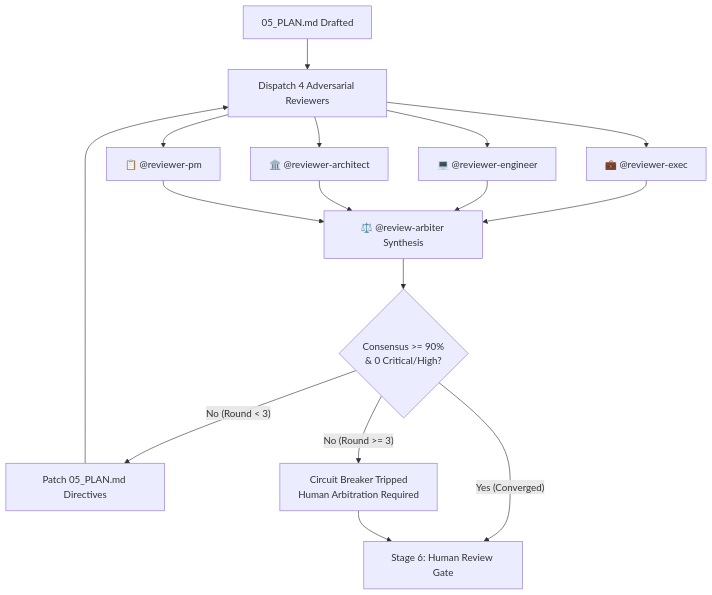
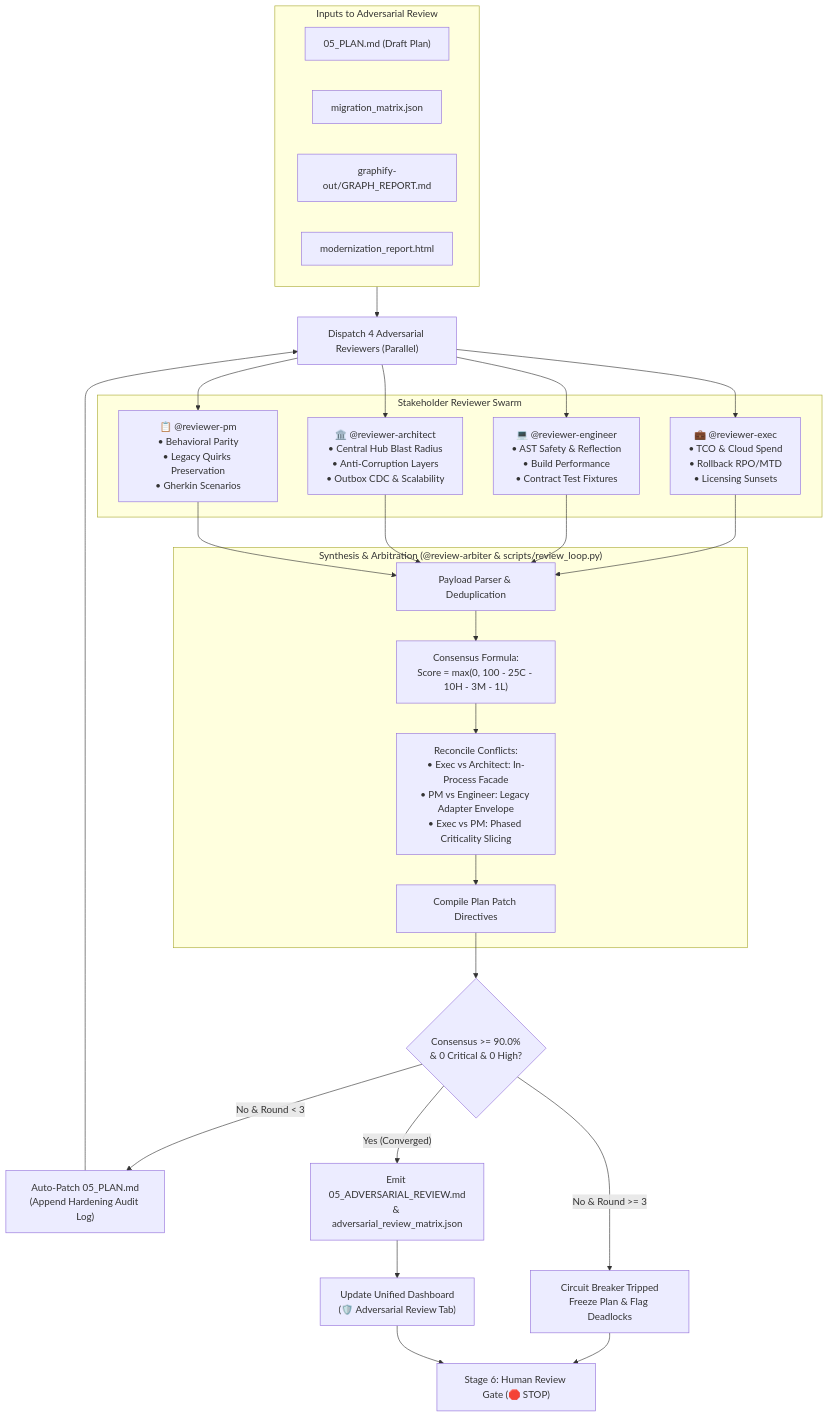
One commit to sapientcoffee/bean-grinder changed the diagram in skills/adversarial-review/SKILL.md. Above: the diagram before and after it, drawn with Mermaid. The commit also changed 4 other files, not shown here.

Commit message:
docs(workflows): 📝 update lifecycle flowcharts, 11-tab dashboard references, and assessment protocols

````diff
--- a/skills/adversarial-review/SKILL.md
+++ b/skills/adversarial-review/SKILL.md
@@ -46,22 +46,39 @@
 ```mermaid
-graph TD
-    Plan[05_PLAN.md Drafted] --> Dispatch[Dispatch 4 Adversarial Reviewers]
-    Dispatch --> Exec["💼 @reviewer-exec"]
-    Dispatch --> Eng["💻 @reviewer-engineer"]
-    Dispatch --> Arch["🏛️ @reviewer-architect"]
-    Dispatch --> PM["📋 @reviewer-pm"]
-    
-    Exec --> Arbiter["⚖️ @review-arbiter Synthesis"]
-    Eng --> Arbiter
-    Arch --> Arbiter
-    PM --> Arbiter
-    
-    Arbiter --> Eval{"Consensus >= 90%<br>& 0 Critical/High?"}
-    
-    Eval -- "No (Round < 3)" --> Patch["Patch 05_PLAN.md Directives"]
-    Patch --> Dispatch
-    
-    Eval -- "Yes (Converged)" --> Gate["Stage 6: Human Review Gate"]
-    Eval -- "No (Round >= 3)" --> CircuitBreaker["Circuit Breaker Tripped<br>Human Arbitration Required"]
-    CircuitBreaker --> Gate
+flowchart TD
+    subgraph Inputs["Inputs to Adversarial Review"]
+        Plan["05_PLAN.md (Draft Plan)"]
+        Matrix["migration_matrix.json"]
+        Graph["graphify-out/GRAPH_REPORT.md"]
+        Report["modernization_report.html"]
+    end
+
+    Inputs --> Dispatch["Dispatch 4 Adversarial Reviewers (Parallel)"]
+
+    subgraph Swarm["Stakeholder Reviewer Swarm"]
+        Exec["💼 @reviewer-exec<br/>• TCO & Cloud Spend<br/>• Rollback RPO/MTD<br/>• Licensing Sunsets"]
+        Eng["💻 @reviewer-engineer<br/>• AST Safety & Reflection<br/>• Build Performance<br/>• Contract Test Fixtures"]
+        Arch["🏛️ @reviewer-architect<br/>• Central Hub Blast Radius<br/>• Anti-Corruption Layers<br/>• Outbox CDC & Scalability"]
+        PM["📋 @reviewer-pm<br/>• Behavioral Parity<br/>• Legacy Quirks Preservation<br/>• Gherkin Scenarios"]
+    end
+
+    Dispatch --> Exec & Eng & Arch & PM
+
+    subgraph Arbitration["Synthesis & Arbitration (@review-arbiter & scripts/review_loop.py)"]
+        Exec & Eng & Arch & PM --> Parse["Payload Parser & Deduplication"]
+        Parse --> Score["Consensus Formula:<br/>Score = max(0, 100 - 25C - 10H - 3M - 1L)"]
+        Score --> TradeOffs["Reconcile Conflicts:<br/>• Exec vs Architect: In-Process Facade<br/>• PM vs Engineer: Legacy Adapter Envelope<br/>• Exec vs PM: Phased Criticality Slicing"]
+        TradeOffs --> Directive["Compile Plan Patch Directives"]
+    end
+
+    Directive --> Eval{"Consensus >= 90.0%<br/>& 0 Critical & 0 High?"}
+
+    Eval -->|"No & Round < 3"| AutoPatch["Auto-Patch 05_PLAN.md<br/>(Append Hardening Audit Log)"]
+    AutoPatch --> Dispatch
+
+    Eval -->|"No & Round >= 3"| CircuitBreaker["Circuit Breaker Tripped<br/>Freeze Plan & Flag Deadlocks"]
+    CircuitBreaker --> Gate["Stage 6: Human Review Gate (🛑 STOP)"]
+
+    Eval -->|"Yes (Converged)"| Converged["Emit 05_ADVERSARIAL_REVIEW.md<br/>& adversarial_review_matrix.json"]
+    Converged --> Dash["Update Unified Dashboard<br/>(🛡️ Adversarial Review Tab)"]
+    Dash --> Gate
 ```
````
